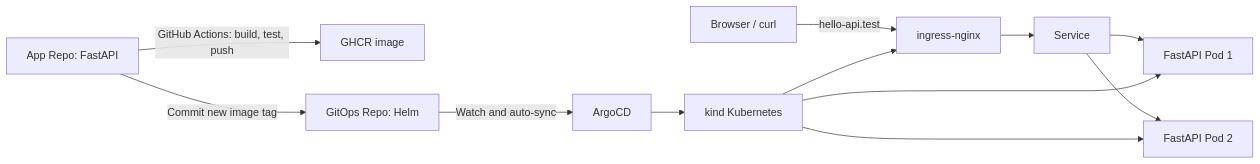
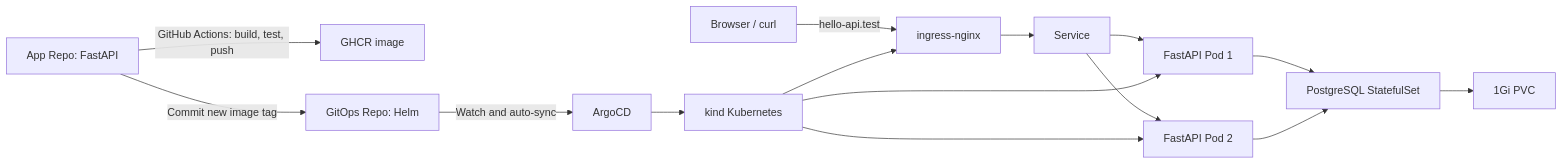
The diagram in README.md (imthe71/devops-hello-api-gitops), drawn with Mermaid before and after one commit. The commit also changed other lines of this file and 1 other file, not shown here.

Commit message:
docs: add interview showcase guide and database architecture

````diff
--- a/README.md
+++ b/README.md
@@ -5,14 +7,17 @@
 ```mermaid
 flowchart LR
   A["App Repo: FastAPI"] -->|"GitHub Actions: build, test, push"| B["GHCR image"]
   A -->|"Commit new image tag"| C["GitOps Repo: Helm"]
   C -->|"Watch and auto-sync"| D["ArgoCD"]
   D --> E["kind Kubernetes"]
   U["Browser / curl"] -->|"hello-api.test"| I["ingress-nginx"]
   I --> S["Service"]
   S --> P1["FastAPI Pod 1"]
   S --> P2["FastAPI Pod 2"]
+  P1 --> DB["PostgreSQL StatefulSet"]
+  P2 --> DB
+  DB --> PVC["1Gi PVC"]
   E --> I
   E --> P1
   E --> P2
 ```
````
